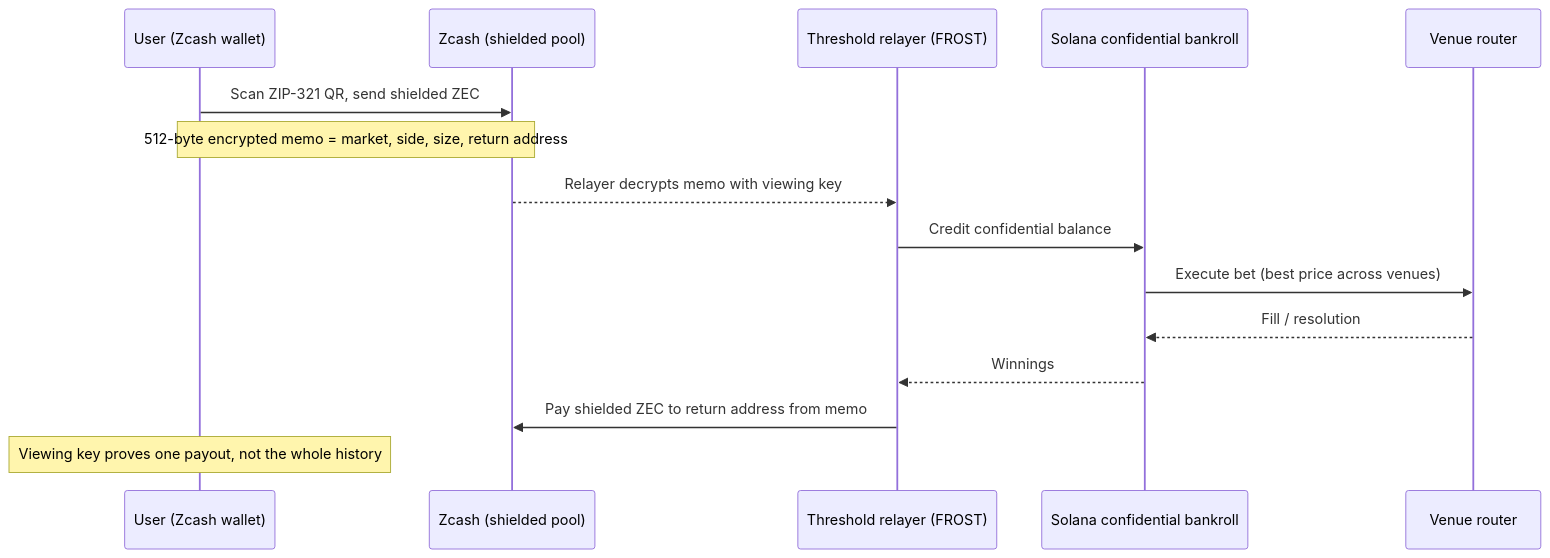
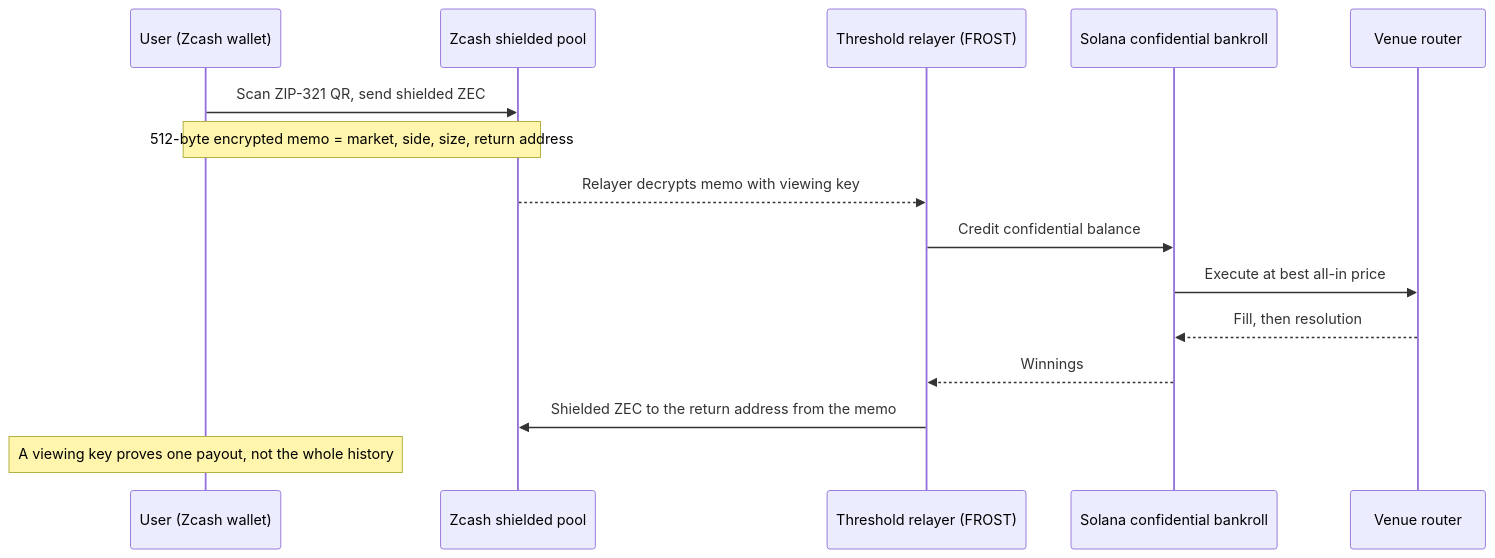
One commit to arko05roy/tyr changed the diagram in README.md. Above: the diagram before and after it, drawn with Mermaid. The commit also changed other lines of this file, not shown here.

````diff
--- a/README.md
+++ b/README.md
@@ -80,18 +108,18 @@
 ```mermaid
 sequenceDiagram
   participant U as User (Zcash wallet)
-  participant Z as Zcash (shielded pool)
+  participant Z as Zcash shielded pool
   participant R as Threshold relayer (FROST)
   participant S as Solana confidential bankroll
   participant V as Venue router
 
   U->>Z: Scan ZIP-321 QR, send shielded ZEC
   Note over U,Z: 512-byte encrypted memo = market, side, size, return address
   Z-->>R: Relayer decrypts memo with viewing key
   R->>S: Credit confidential balance
-  S->>V: Execute bet (best price across venues)
-  V-->>S: Fill / resolution
+  S->>V: Execute at best all-in price
+  V-->>S: Fill, then resolution
   S-->>R: Winnings
-  R->>Z: Pay shielded ZEC to return address from memo
-  Note over U: Viewing key proves one payout, not the whole history
+  R->>Z: Shielded ZEC to the return address from the memo
+  Note over U: A viewing key proves one payout, not the whole history
 ```
````
